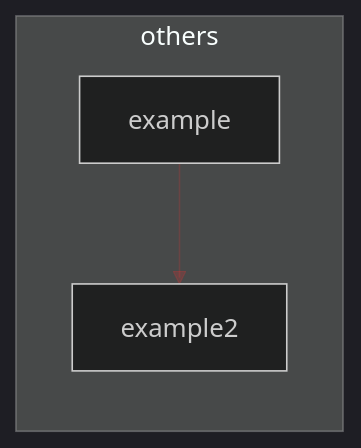
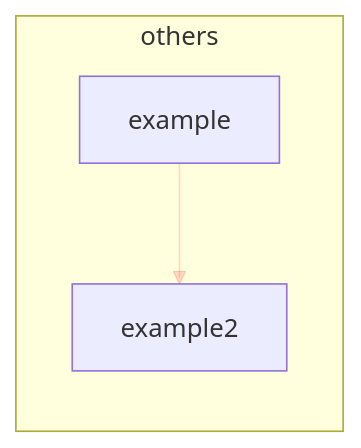
One commit to iurysza/module-graph changed the diagram in example/README.md. Above: the diagram before and after it, drawn with Mermaid. The commit also changed 5 other files, not shown here.

````diff
--- a/example/README.md
+++ b/example/README.md
@@ -2,22 +2,22 @@
 ```mermaid
 %%{
   init: {
-    'theme': 'dark',
+    'theme': 'light',
     'themeVariables': {
       'primaryColor': '#C4C7B300',
       'primaryTextColor': '#fff',
       'primaryBorderColor': '#7C0000',
       'lineColor': '#FF2F2F2F',
       'secondaryColor': '#006100',
       'tertiaryColor': '#fff'
     }
   }
 }%%
 
 graph LR
   subgraph others
     example
     example2
   end
   example --> example2
 ```
````
